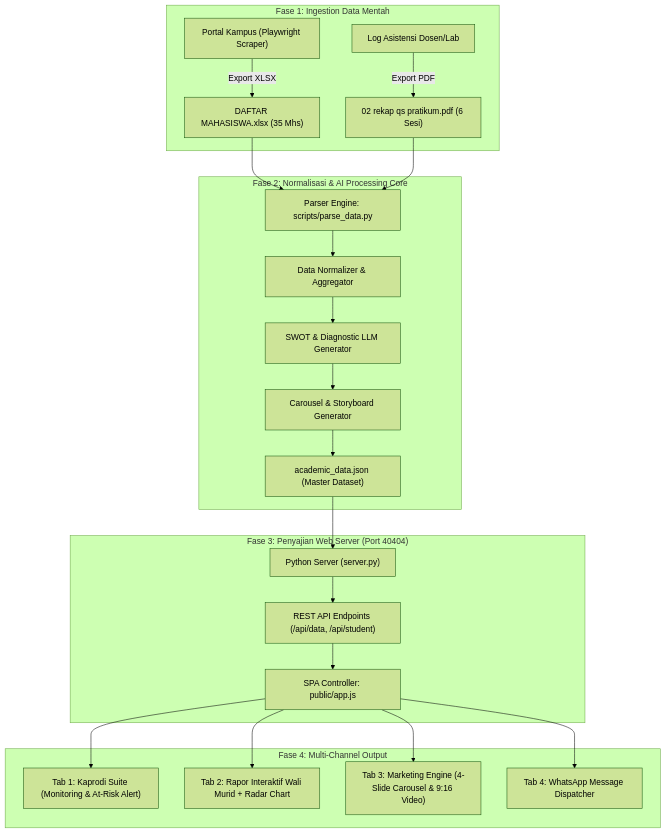
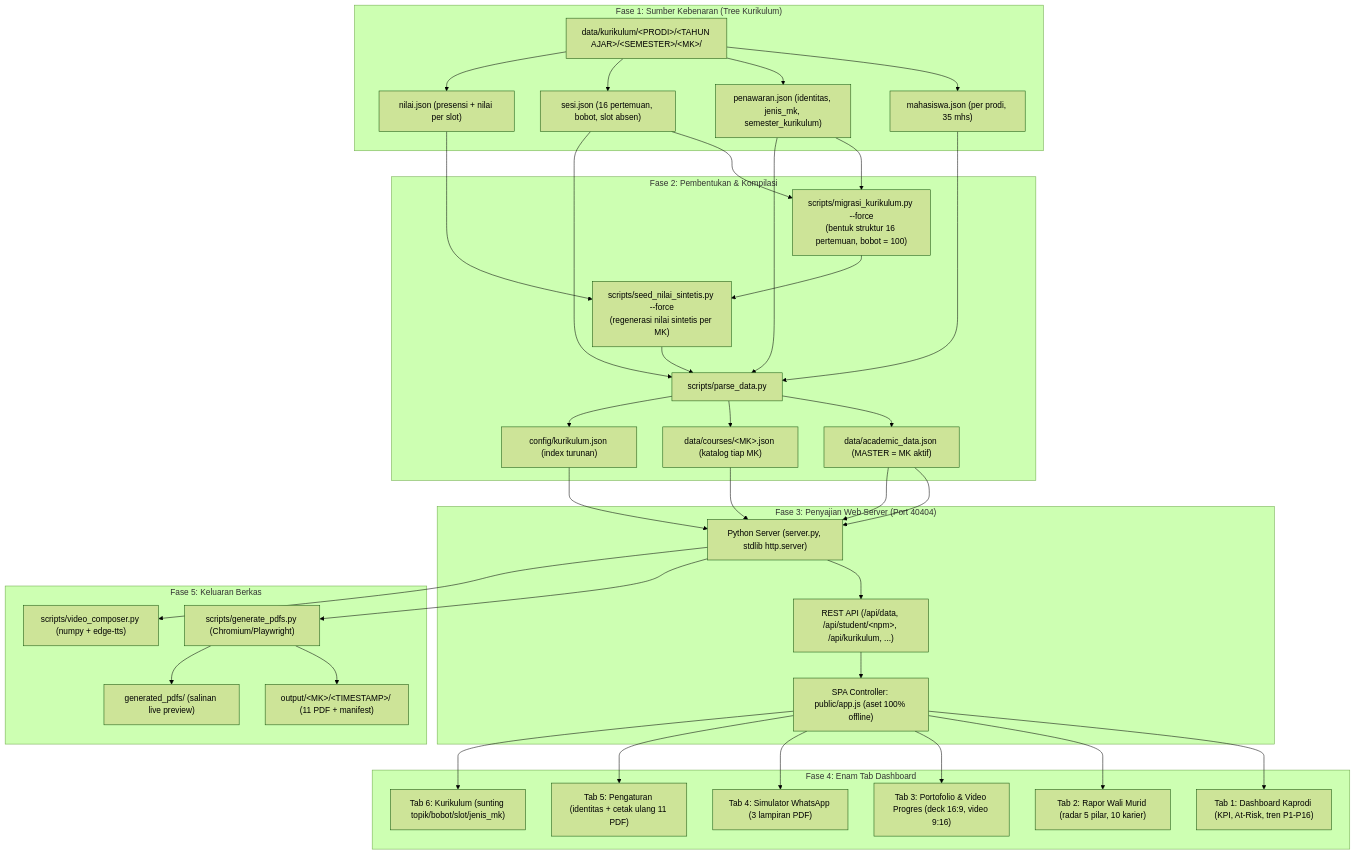
One commit to solusarsitekstudio-hue/kampus_01 changed the diagram in WORKFLOW_MAPPING.md. Above: the diagram before and after it, drawn with Mermaid (forest theme). The commit also changed other lines of this file and 5 other files, not shown here.

````diff
--- a/WORKFLOW_MAPPING.md
+++ b/WORKFLOW_MAPPING.md
@@ -17,28 +19,44 @@
 ```mermaid
 flowchart TD
-    subgraph S1["Fase 1: Ingestion Data Mentah"]
-        A1["Portal Kampus (Playwright Scraper)"] -->|Export XLSX| B1["DAFTAR MAHASISWA.xlsx (35 Mhs)"]
-        A2["Log Asistensi Dosen/Lab"] -->|Export PDF| B2["02 rekap qs pratikum.pdf (6 Sesi)"]
+    subgraph S1["Fase 1: Sumber Kebenaran (Tree Kurikulum)"]
+        A1["data/kurikulum/&lt;PRODI&gt;/&lt;TAHUN AJAR&gt;/&lt;SEMESTER&gt;/&lt;MK&gt;/"]
+        A1 --> B1["mahasiswa.json (per prodi, 35 mhs)"]
+        A1 --> B2["penawaran.json (identitas, jenis_mk, semester_kurikulum)"]
+        A1 --> B3["sesi.json (16 pertemuan, bobot, slot absen)"]
+        A1 --> B4["nilai.json (presensi + nilai per slot)"]
     end
 
-    subgraph S2["Fase 2: Normalisasi & AI Processing Core"]
-        B1 & B2 --> C1["Parser Engine: scripts/parse_data.py"]
-        C1 --> D1["Data Normalizer & Aggregator"]
-        D1 --> D2["SWOT & Diagnostic LLM Generator"]
-        D2 --> D3["Carousel & Storyboard Generator"]
-        D3 --> E1["academic_data.json (Master Dataset)"]
+    subgraph S2["Fase 2: Pembentukan & Kompilasi"]
+        B2 & B3 --> C1["scripts/migrasi_kurikulum.py --force<br/>(bentuk struktur 16 pertemuan, bobot = 100)"]
+        C1 --> C2["scripts/seed_nilai_sintetis.py --force<br/>(regenerasi nilai sintetis per MK)"]
+        B4 --> C2
+        C2 --> D1["scripts/parse_data.py"]
+        B1 & B2 & B3 --> D1
+        D1 --> E1["data/academic_data.json (MASTER = MK aktif)"]
+        D1 --> E2["data/courses/&lt;MK&gt;.json (katalog tiap MK)"]
+        D1 --> E3["config/kurikulum.json (index turunan)"]
     end
 
     subgraph S3["Fase 3: Penyajian Web Server (Port 40404)"]
-        E1 --> F1["Python Server (server.py)"]
-        F1 --> G1["REST API Endpoints (/api/data, /api/student)"]
-        G1 --> H1["SPA Controller: public/app.js"]
+        E1 & E2 --> F1["Python Server (server.py, stdlib http.server)"]
+        E3 & E1 --> F1
+        F1 --> G1["REST API (/api/data, /api/student/&lt;npm&gt;, /api/kurikulum, ...)"]
+        G1 --> H1["SPA Controller: public/app.js (aset 100% offline)"]
     end
 
-    subgraph S4["Fase 4: Multi-Channel Output"]
-        H1 --> OUT1["Tab 1: Kaprodi Suite (Monitoring & At-Risk Alert)"]
-        H1 --> OUT2["Tab 2: Rapor Interaktif Wali Murid + Radar Chart"]
-        H1 --> OUT3["Tab 3: Marketing Engine (4-Slide Carousel & 9:16 Video)"]
-        H1 --> OUT4["Tab 4: WhatsApp Message Dispatcher"]
+    subgraph S4["Fase 4: Enam Tab Dashboard"]
+        H1 --> OUT1["Tab 1: Dashboard Kaprodi (KPI, At-Risk, tren P1-P16)"]
+        H1 --> OUT2["Tab 2: Rapor Wali Murid (radar 5 pilar, 10 karier)"]
+        H1 --> OUT3["Tab 3: Portofolio & Video Progres (deck 16:9, video 9:16)"]
+        H1 --> OUT4["Tab 4: Simulator WhatsApp (3 lampiran PDF)"]
+        H1 --> OUT5["Tab 5: Pengaturan (identitas + cetak ulang 11 PDF)"]
+        H1 --> OUT6["Tab 6: Kurikulum (sunting topik/bobot/slot/jenis_mk)"]
+    end
+
+    subgraph S5["Fase 5: Keluaran Berkas"]
+        F1 --> I1["scripts/generate_pdfs.py (Chromium/Playwright)"]
+        F1 --> I2["scripts/video_composer.py (numpy + edge-tts)"]
+        I1 --> J1["output/&lt;MK&gt;/&lt;TIMESTAMP&gt;/ (11 PDF + manifest)"]
+        I1 --> J2["generated_pdfs/ (salinan live preview)"]
     end
 ```
````
